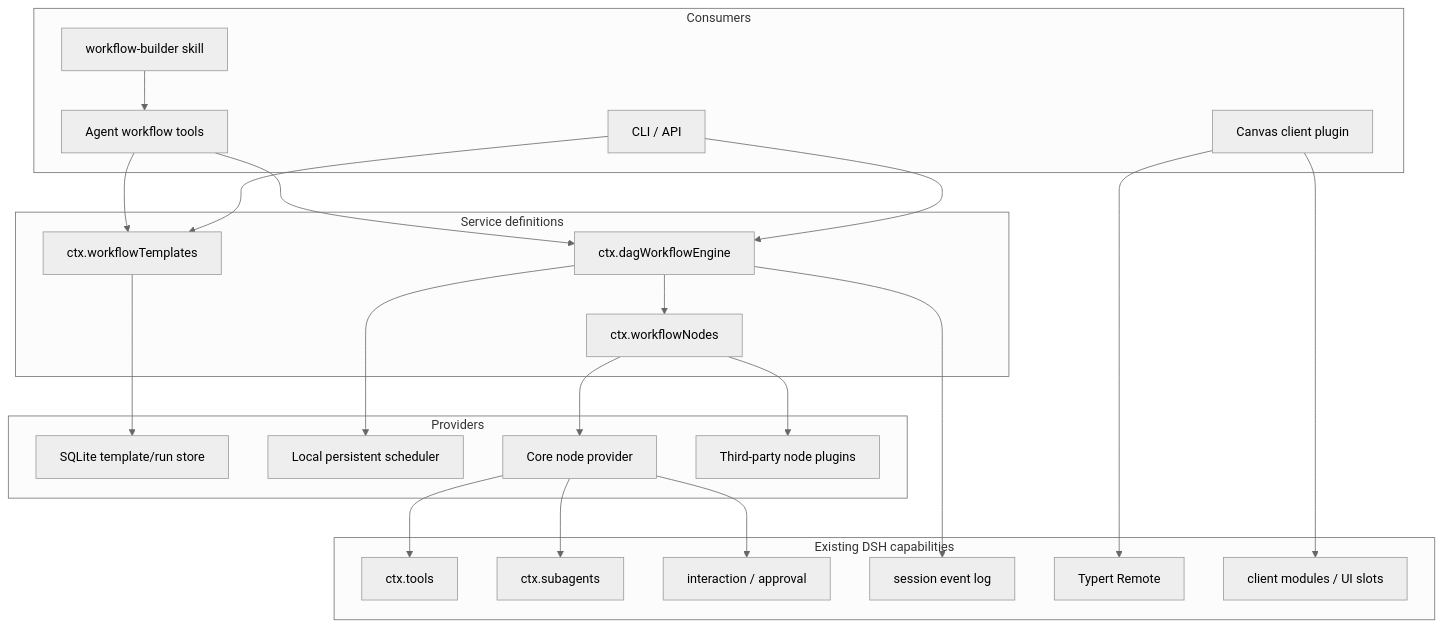
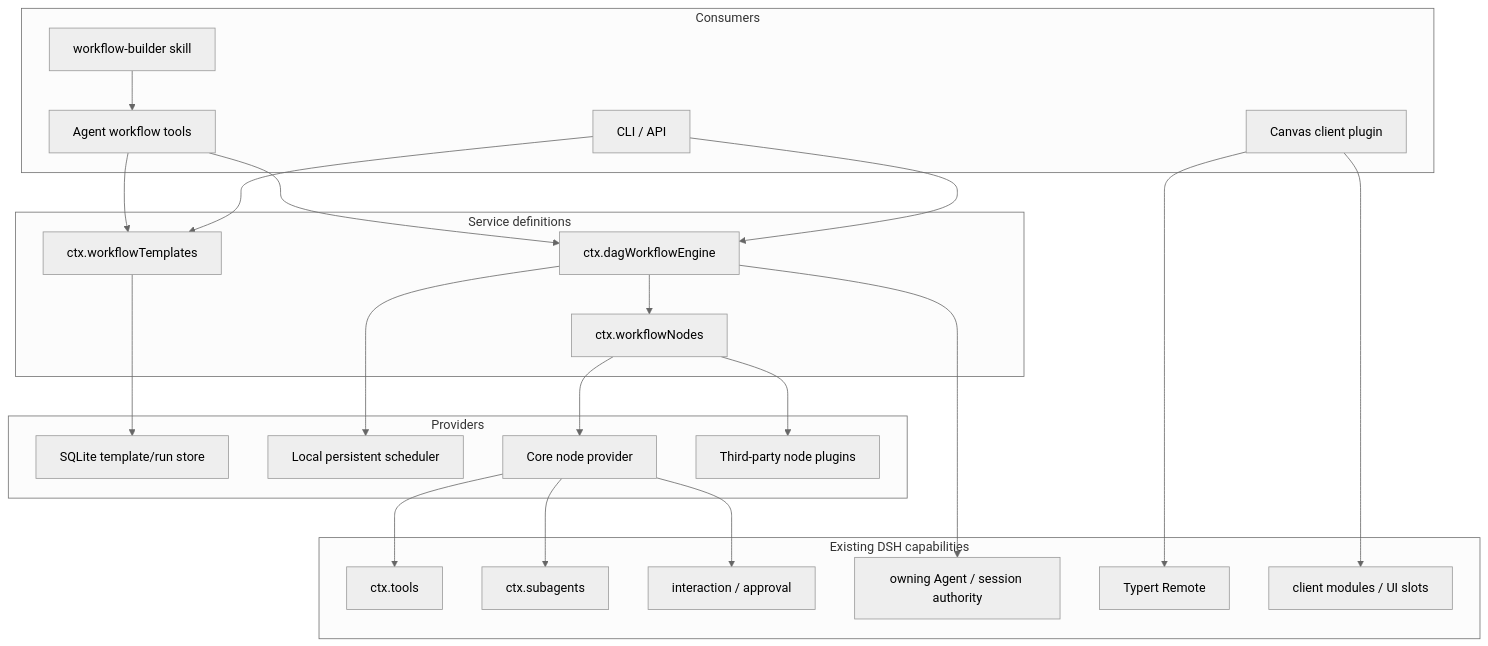
One commit to GM-HZ/agent-dag-workflow changed the first of 2 diagrams in docs/architecture.md. Above: the diagram before and after it, drawn with Mermaid (neutral theme). The commit also changed 14 other files, not shown here.

````diff
--- a/docs/architecture.md
+++ b/docs/architecture.md
@@ -21,48 +21,48 @@
 ```mermaid
 flowchart TB
   subgraph Consumers["Consumers"]
     Skill["workflow-builder skill"]
     Tools["Agent workflow tools"]
     Canvas["Canvas client plugin"]
     CLI["CLI / API"]
   end
 
   subgraph Definitions["Service definitions"]
     Catalog["ctx.workflowTemplates"]
     Nodes["ctx.workflowNodes"]
     Engine["ctx.dagWorkflowEngine"]
   end
 
   subgraph Providers["Providers"]
     Store["SQLite template/run store"]
     Scheduler["Local persistent scheduler"]
     CoreNodes["Core node provider"]
     PluginNodes["Third-party node plugins"]
   end
 
   subgraph DSH["Existing DSH capabilities"]
     DshTools["ctx.tools"]
     Subagents["ctx.subagents"]
     Approval["interaction / approval"]
-    Sessions["session event log"]
+    Sessions["owning Agent / session authority"]
     Remote["Typert Remote"]
     Slots["client modules / UI slots"]
   end
 
   Skill --> Tools
   Tools --> Catalog
   Tools --> Engine
   Canvas --> Remote
   CLI --> Catalog
   CLI --> Engine
   Catalog --> Store
   Engine --> Scheduler
   Engine --> Nodes
   Nodes --> CoreNodes
   Nodes --> PluginNodes
   CoreNodes --> DshTools
   CoreNodes --> Subagents
   CoreNodes --> Approval
   Engine --> Sessions
   Canvas --> Slots
 ```
````
